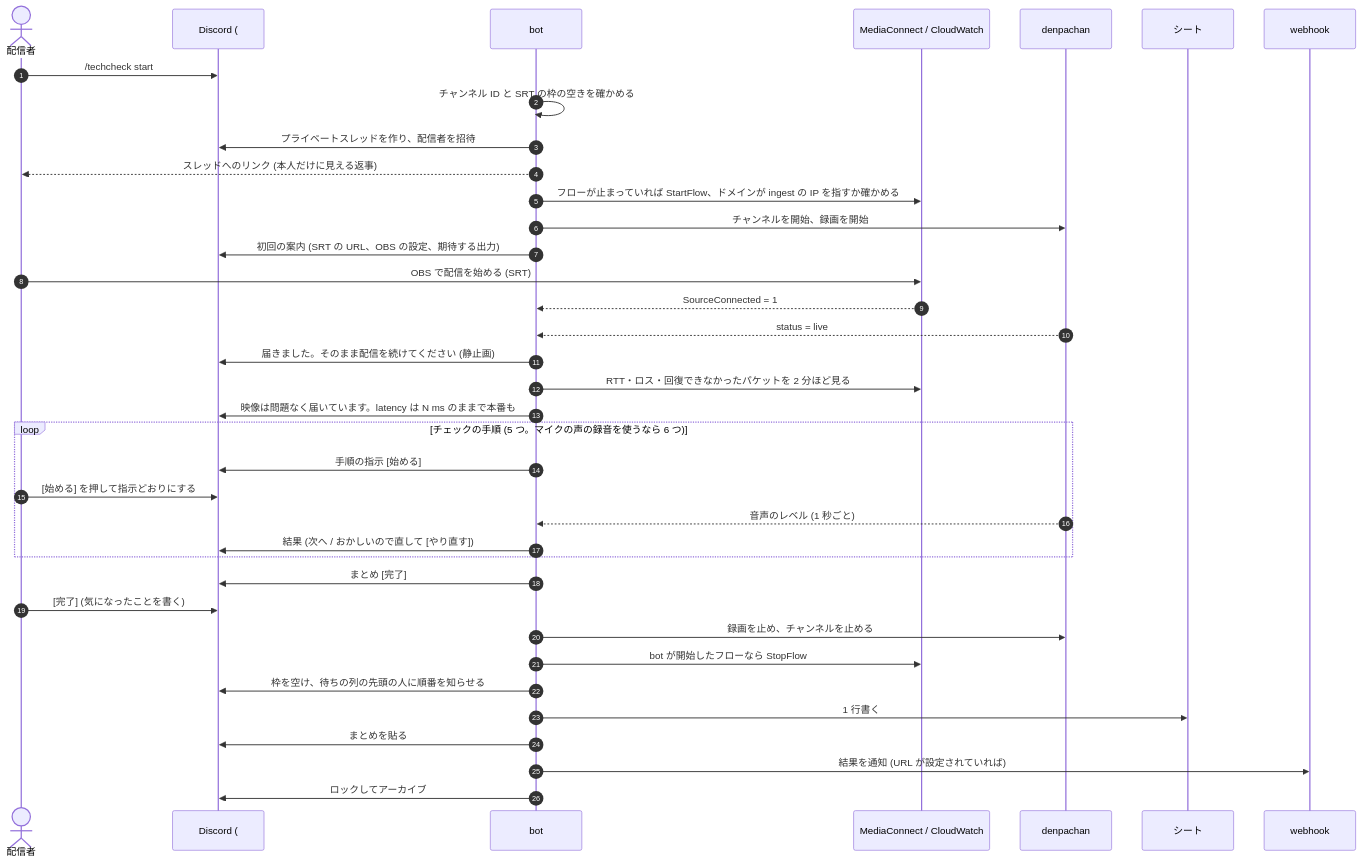
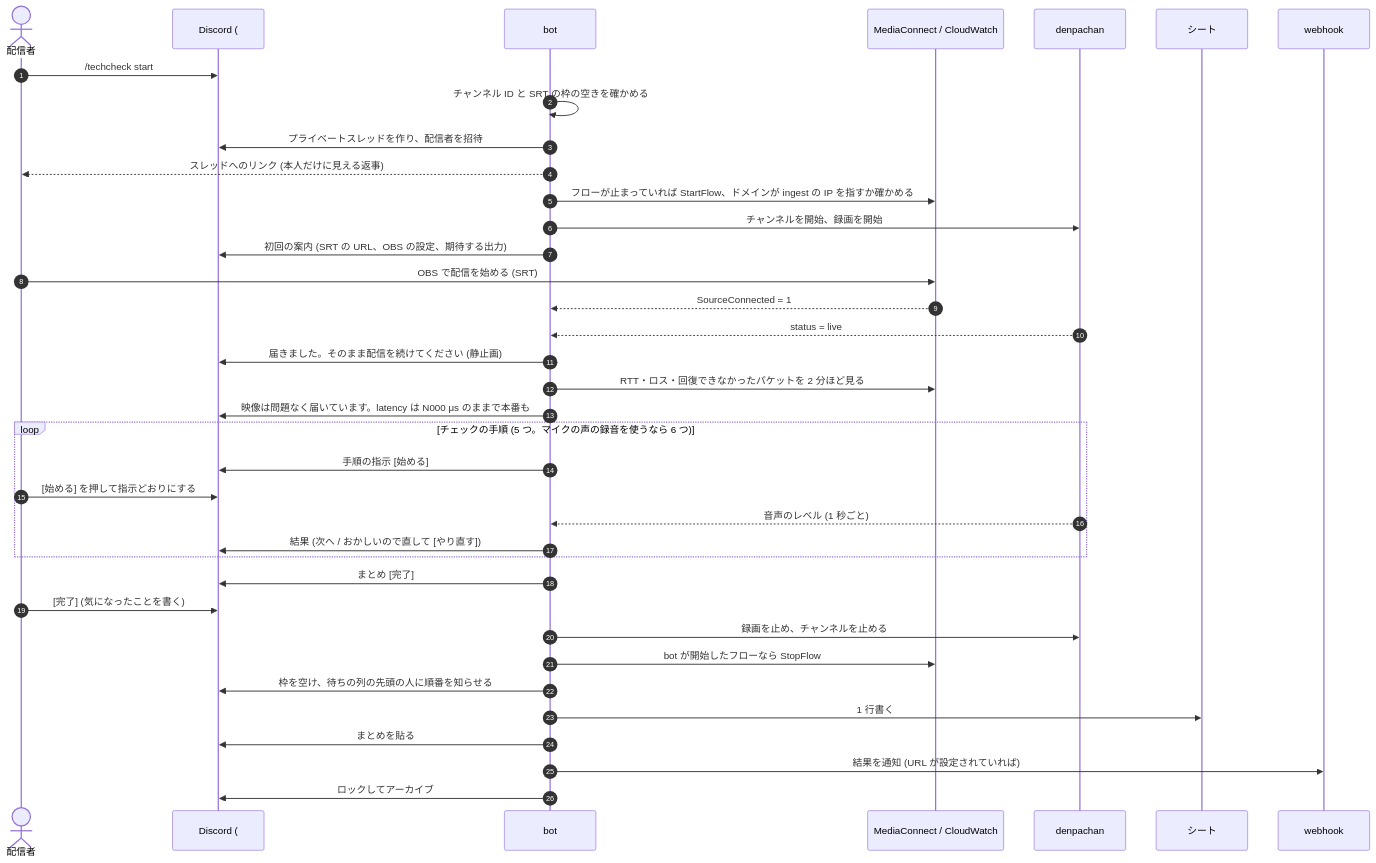
Before and after one commit to RTAinJapan/techcheck-bot: the second of 2 diagrams in docs/design.md, drawn with Mermaid. The commit also changed other lines of this file and 5 other files, not shown here.

````diff
--- a/docs/design.md
+++ b/docs/design.md
@@ -407,39 +407,39 @@
 ```mermaid
 sequenceDiagram
     autonumber
     actor P as 配信者
     participant T as Discord (#配信テスト / スレッド)
     participant B as bot
     participant M as MediaConnect / CloudWatch
     participant E as denpachan
     participant S as シート
     participant W as webhook
     P->>T: /techcheck start
     B->>B: チャンネル ID と SRT の枠の空きを確かめる
     B->>T: プライベートスレッドを作り、配信者を招待
     B-->>P: スレッドへのリンク (本人だけに見える返事)
     B->>M: フローが止まっていれば StartFlow、ドメインが ingest の IP を指すか確かめる
     B->>E: チャンネルを開始、録画を開始
     B->>T: 初回の案内 (SRT の URL、OBS の設定、期待する出力)
     P->>M: OBS で配信を始める (SRT)
     M-->>B: SourceConnected = 1
     E-->>B: status = live
     B->>T: 届きました。そのまま配信を続けてください (静止画)
     B->>M: RTT・ロス・回復できなかったパケットを 2 分ほど見る
-    B->>T: 映像は問題なく届いています。latency は N ms のままで本番も
+    B->>T: 映像は問題なく届いています。latency は N000 μs のままで本番も
     loop チェックの手順 (5 つ。マイクの声の録音を使うなら 6 つ)
         B->>T: 手順の指示 [始める]
         P->>T: [始める] を押して指示どおりにする
         E-->>B: 音声のレベル (1 秒ごと)
         B->>T: 結果 (次へ / おかしいので直して [やり直す])
     end
     B->>T: まとめ [完了]
     P->>T: [完了] (気になったことを書く)
     B->>E: 録画を止め、チャンネルを止める
     B->>M: bot が開始したフローなら StopFlow
     B->>T: 枠を空け、待ちの列の先頭の人に順番を知らせる
     B->>S: 1 行書く
     B->>T: まとめを貼る
     B->>W: 結果を通知 (URL が設定されていれば)
     B->>T: ロックしてアーカイブ
 ```
````
